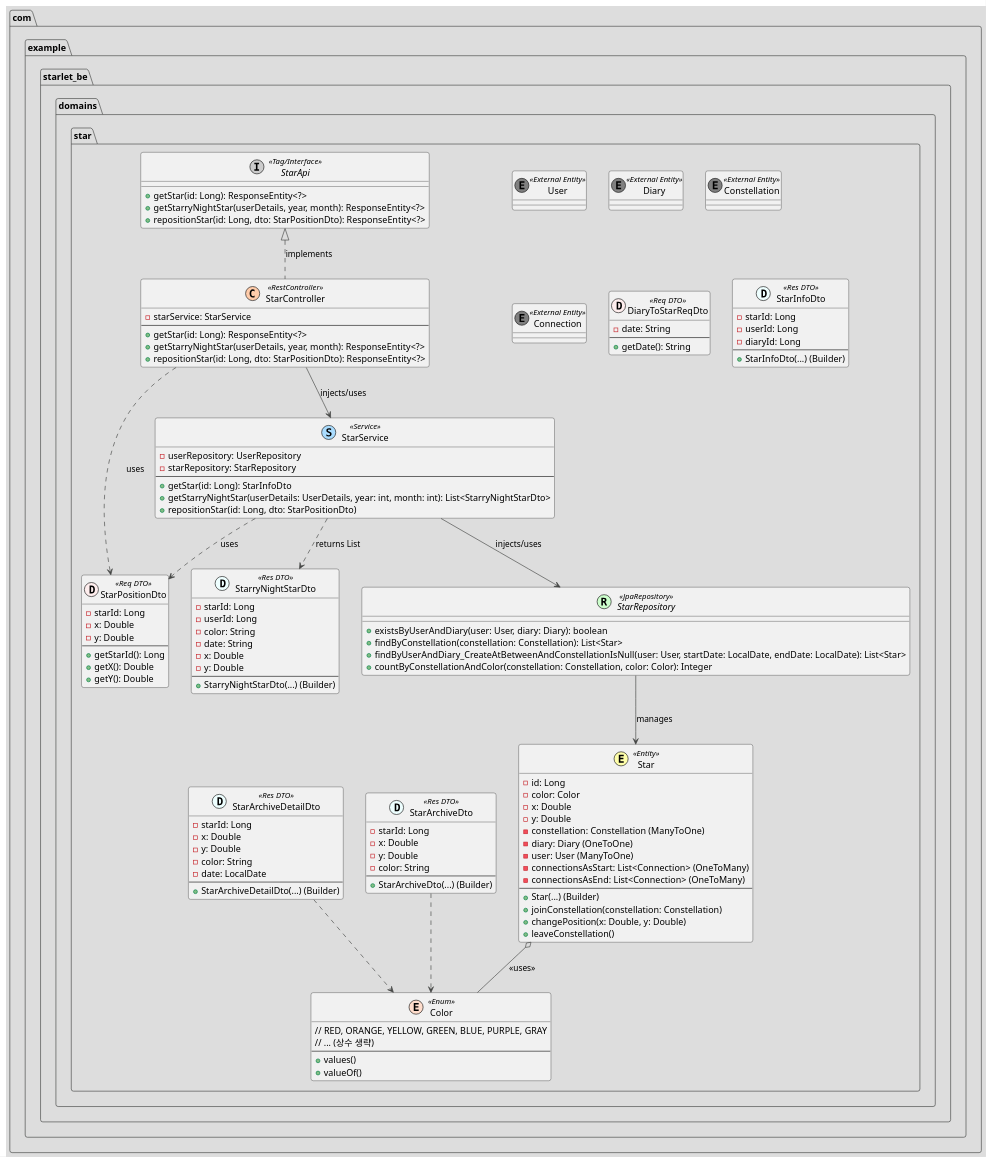
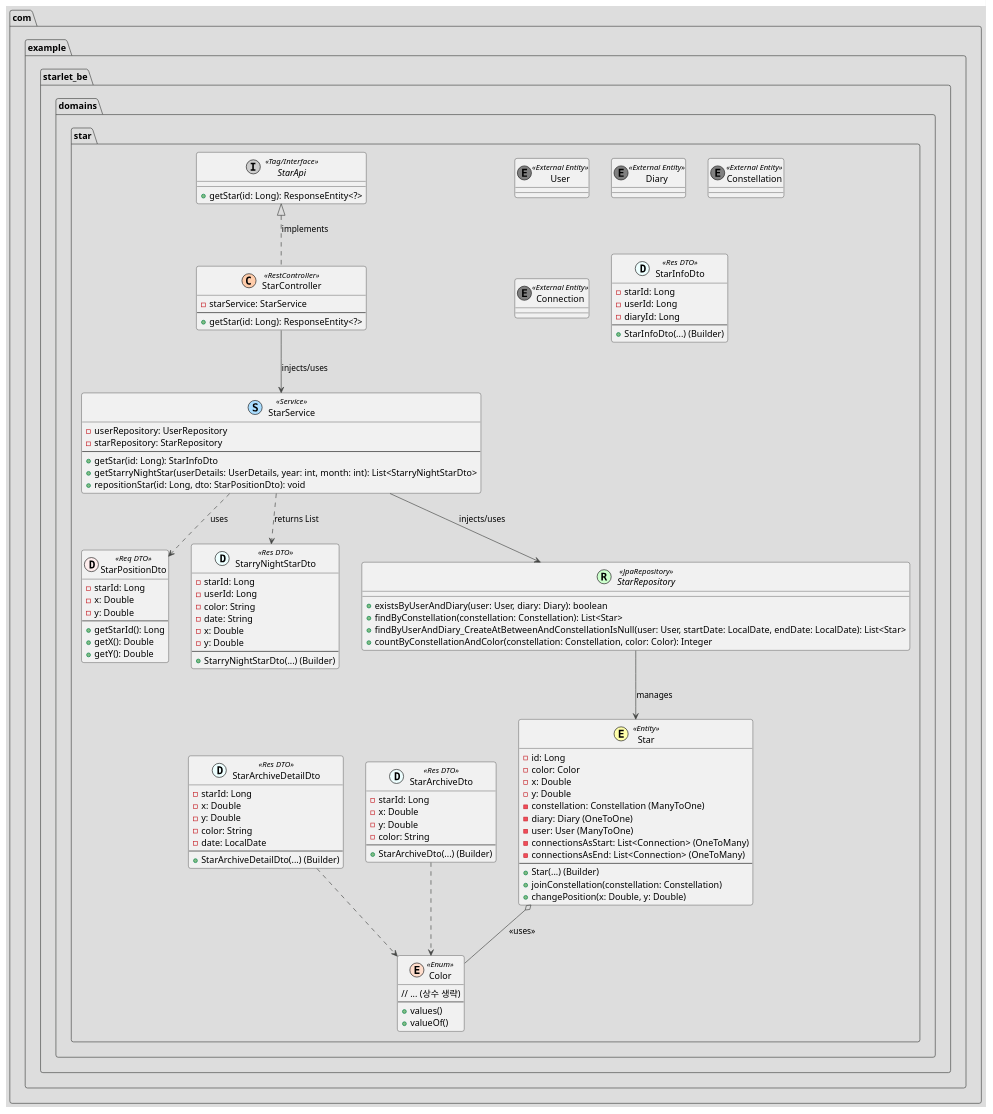
The diagram in SDS/Class Diagram UML/star.puml (2025-YU-SE-Project/Starlet_doc), drawn with PlantUML before and after one commit. The commit also changed 2 other files, not shown here.

Commit message:
edit : constellation.puml, security.puml, star.puml 최신화

```diff
--- a/SDS/Class Diagram UML/star.puml
+++ b/SDS/Class Diagram UML/star.puml
@@ -1,132 +1,119 @@
 @startuml
 !theme toy
 top to bottom direction
 
 package "com.example.starlet_be.domains.star" {
 
     enum Color << (E,#FFDDCC) Enum >> {
-        // RED, ORANGE, YELLOW, GREEN, BLUE, PURPLE, GRAY
         // ... (상수 생략)
         --
         + values()
         + valueOf()
     }
 
     class User << (E,Gray) External Entity >>
     class Diary << (E,Gray) External Entity >>
     class Constellation << (E,Gray) External Entity >>
     class Connection << (E,Gray) External Entity >>
-
-    class DiaryToStarReqDto << (D,#FFEEEE) Req DTO >> {
-        - date: String
-        --
-        + getDate(): String
-    }
 
     class StarPositionDto << (D,#FFEEEE) Req DTO >> {
         - starId: Long
         - x: Double
         - y: Double
         --
         + getStarId(): Long
         + getX(): Double
         + getY(): Double
     }
 
     class StarInfoDto << (D,#EEFFFF) Res DTO >> {
         - starId: Long
         - userId: Long
         - diaryId: Long
         --
         + StarInfoDto(...) (Builder)
     }
 
     class StarryNightStarDto << (D,#EEFFFF) Res DTO >> {
         - starId: Long
         - userId: Long
         - color: String
         - date: String
         - x: Double
         - y: Double
         --
         + StarryNightStarDto(...) (Builder)
     }
 
     class StarArchiveDto << (D,#EEFFFF) Res DTO >> {
         - starId: Long
         - x: Double
         - y: Double
         - color: String
         --
         + StarArchiveDto(...) (Builder)
     }
     StarArchiveDto ..> Color
 
     class StarArchiveDetailDto << (D,#EEFFFF) Res DTO >> {
         - starId: Long
         - x: Double
         - y: Double
         - color: String
         - date: LocalDate
         --
         + StarArchiveDetailDto(...) (Builder)
     }
     StarArchiveDetailDto ..> Color
 
     class Star << (E,#FFFFAA) Entity >> {
         - id: Long
         - color: Color
         - x: Double
         - y: Double
         - constellation: Constellation (ManyToOne)
         - diary: Diary (OneToOne)
         - user: User (ManyToOne)
         - connectionsAsStart: List<Connection> (OneToMany)
         - connectionsAsEnd: List<Connection> (OneToMany)
         --
         + Star(...) (Builder)
         + joinConstellation(constellation: Constellation)
         + changePosition(x: Double, y: Double)
-        + leaveConstellation()
     }
     Star o-- Color : <<uses>>
 
     interface StarRepository << (R,#CCFFCC) JpaRepository >> {
         + existsByUserAndDiary(user: User, diary: Diary): boolean
         + findByConstellation(constellation: Constellation): List<Star>
         + findByUserAndDiary_CreateAtBetweenAndConstellationIsNull(user: User, startDate: LocalDate, endDate: LocalDate): List<Star>
         + countByConstellationAndColor(constellation: Constellation, color: Color): Integer
     }
     StarRepository --> Star : manages
 
     class StarService << (S,#AADDFF) Service >> {
         - userRepository: UserRepository
         - starRepository: StarRepository
         --
         + getStar(id: Long): StarInfoDto
         + getStarryNightStar(userDetails: UserDetails, year: int, month: int): List<StarryNightStarDto>
-        + repositionStar(id: Long, dto: StarPositionDto)
+        + repositionStar(id: Long, dto: StarPositionDto): void
     }
     StarService --> StarRepository : injects/uses
     StarService ..> StarPositionDto : uses
     StarService ..> StarryNightStarDto : returns List
 
     interface StarApi << (I,#CCCCCC) Tag/Interface >> {
         + getStar(id: Long): ResponseEntity<?>
-        + getStarryNightStar(userDetails, year, month): ResponseEntity<?>
-        + repositionStar(id: Long, dto: StarPositionDto): ResponseEntity<?>
     }
 
     class StarController << (C,#FFCCAA) RestController >> {
         - starService: StarService
         --
         + getStar(id: Long): ResponseEntity<?>
-        + getStarryNightStar(userDetails, year, month): ResponseEntity<?>
-        + repositionStar(id: Long, dto: StarPositionDto): ResponseEntity<?>
     }
 
     StarController .up.|> StarApi : implements
     StarController --> StarService : injects/uses
-    StarController ..> StarPositionDto : uses
 }
 @enduml
```
